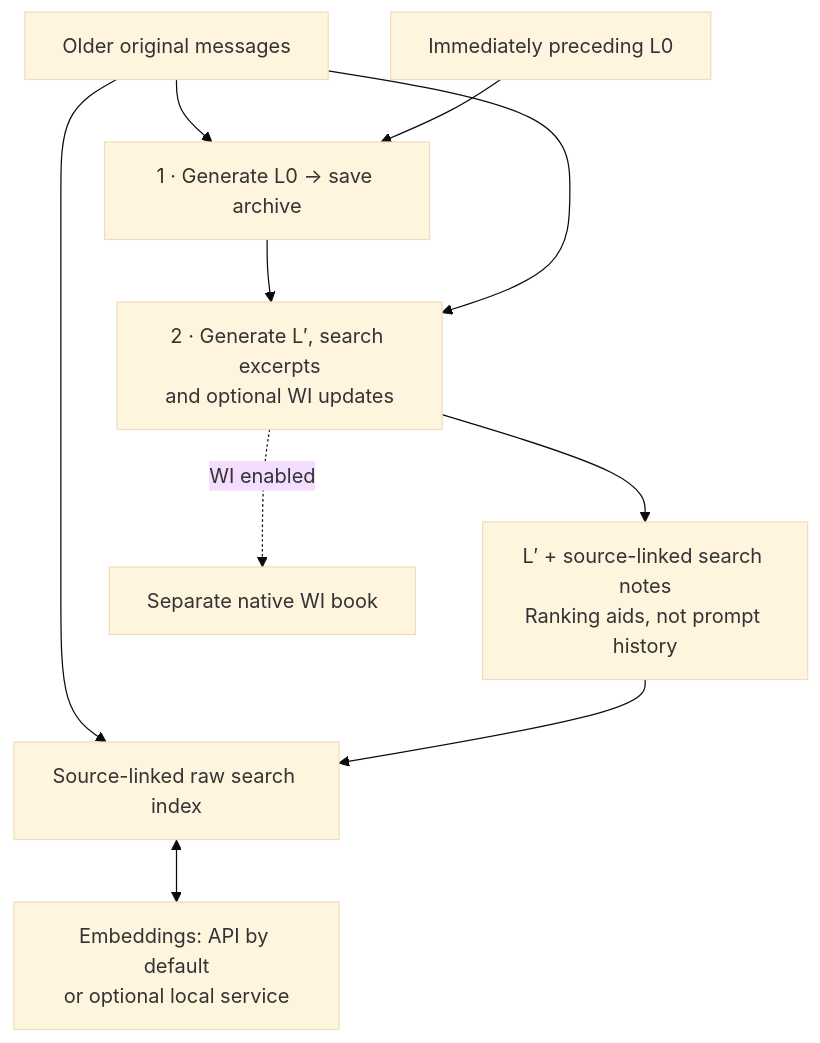
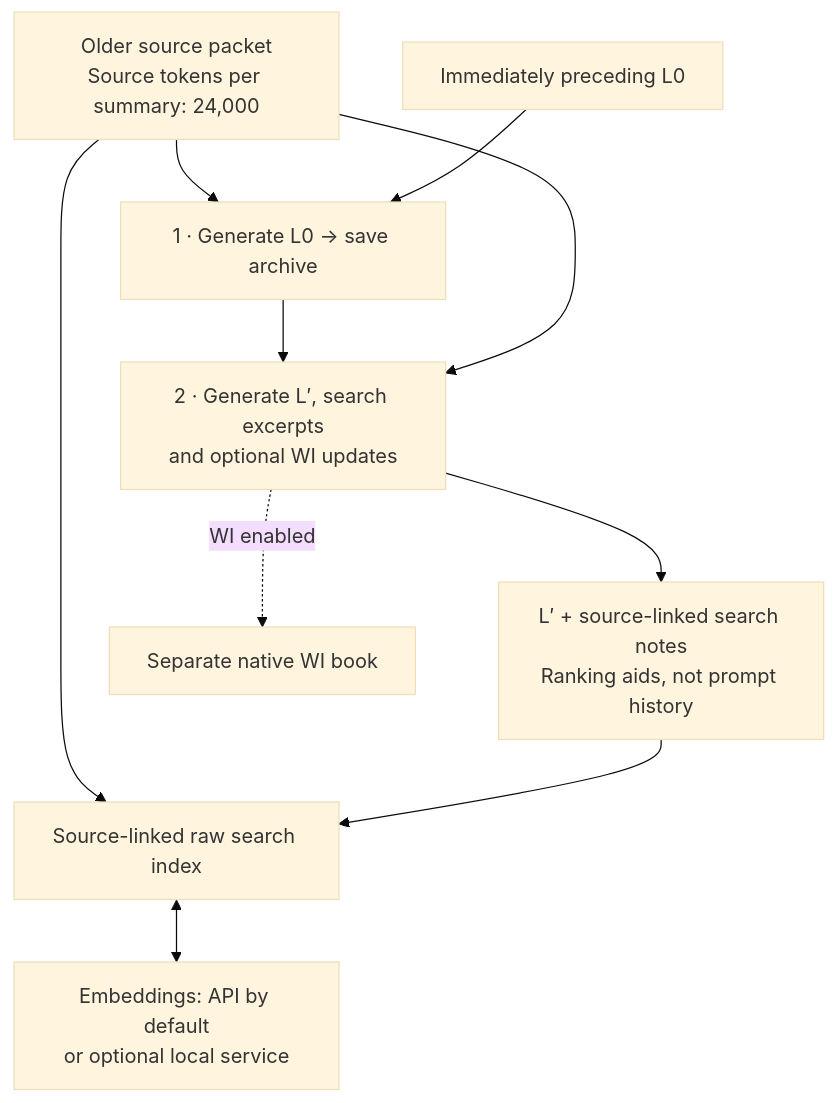
The first of 2 diagrams in README.md (Ilya626/Extension-WorldMemory), drawn with Mermaid (base theme) before and after one commit. The commit also changed other lines of this file and 5 other files, not shown here.

````diff
--- a/README.md
+++ b/README.md
@@ -30,12 +55,12 @@
 ```mermaid
 flowchart TD
-    O["Older original messages"] --> A["1 · Generate L0 → save archive"]
+    O["Older source packet<br/>Source tokens per summary: 24,000"] --> A["1 · Generate L0 → save archive"]
     P["Immediately preceding L0"] --> A
     A --> B["2 · Generate L′, search excerpts<br/>and optional WI updates"]
     O --> B
     B --> N["L′ + source-linked search notes<br/>Ranking aids, not prompt history"]
     O --> I["Source-linked raw search index"]
     N --> I
     B -. "WI enabled" .-> W["Separate native WI book"]
     I <--> E["Embeddings: API by default<br/>or optional local service"]
 ```
````
